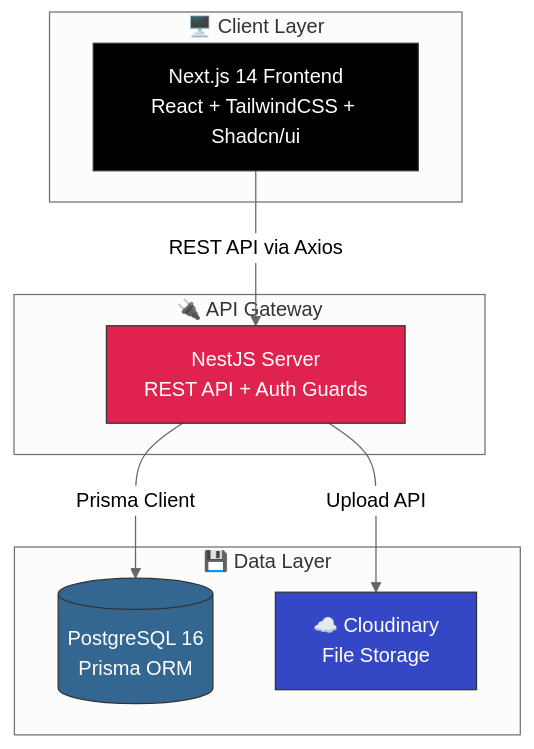
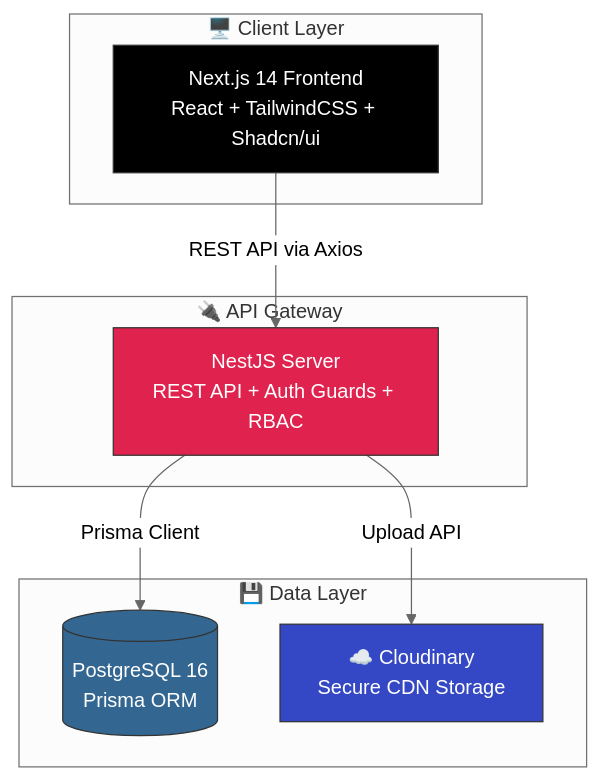
Before and after one commit to kalp-cg/Odoo_X_KSX_VendorBridge: the second of 6 diagrams in README.md, drawn with Mermaid (neutral theme). The commit also changed other lines of this file, not shown here.

````diff
--- a/README.md
+++ b/README.md
@@ -134,24 +154,24 @@
 ```mermaid
 graph TB
     subgraph "🖥️ Client Layer"
         A[Next.js 14 Frontend<br/>React + TailwindCSS + Shadcn/ui]
     end
 
     subgraph "🔌 API Gateway"
-        B[NestJS Server<br/>REST API + Auth Guards]
+        B[NestJS Server<br/>REST API + Auth Guards + RBAC]
     end
 
     subgraph "💾 Data Layer"
         D[(PostgreSQL 16<br/>Prisma ORM)]
-        F[☁️ Cloudinary<br/>File Storage]
+        F[☁️ Cloudinary<br/>Secure CDN Storage]
     end
 
     A -->|REST API via Axios| B
     B -->|Prisma Client| D
     B -->|Upload API| F
 
     style A fill:#000000,stroke:#333,color:#fff
     style B fill:#E0234E,stroke:#333,color:#fff
     style D fill:#336791,stroke:#333,color:#fff
     style F fill:#3448c5,stroke:#333,color:#fff
 ```
````
